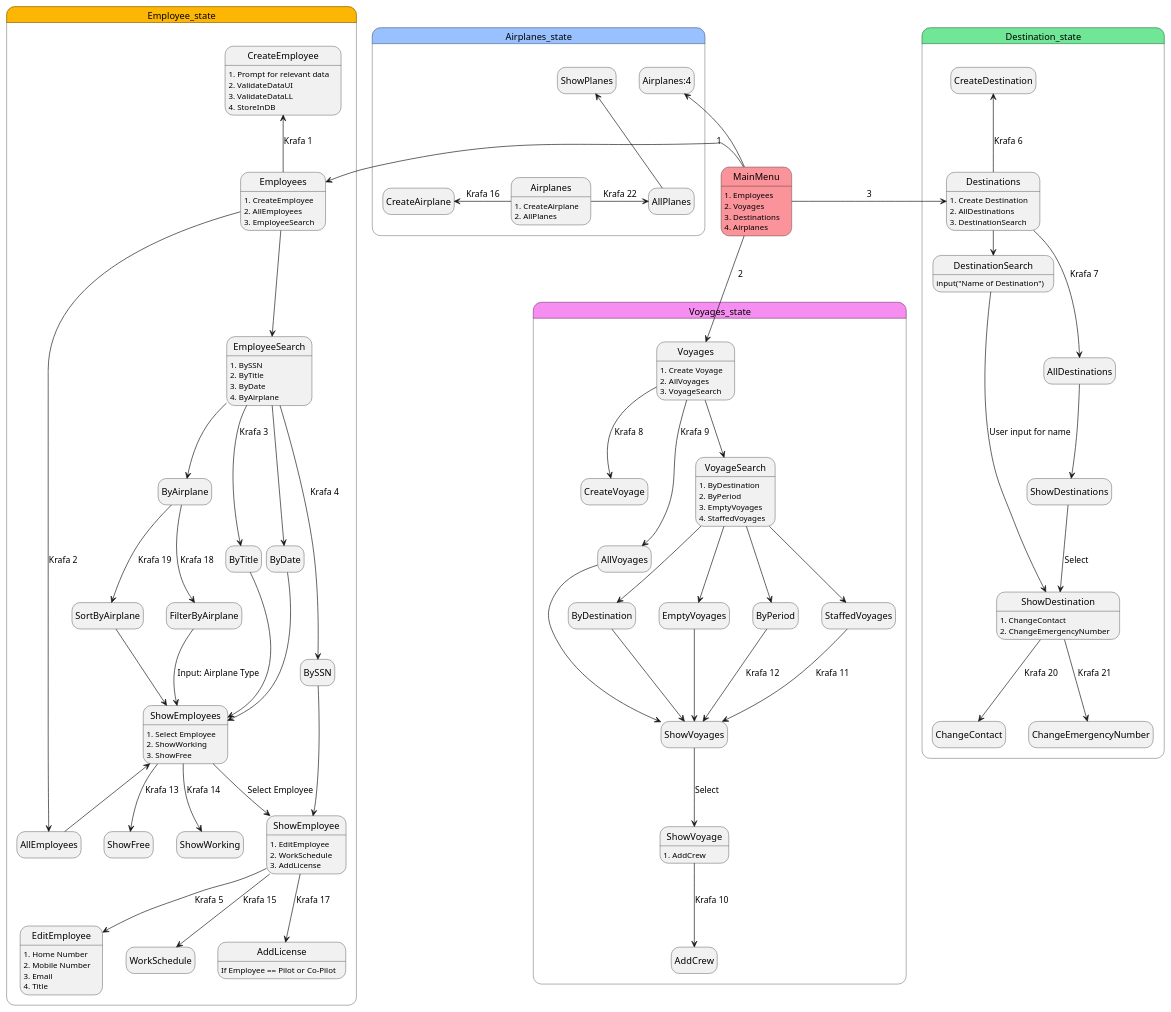
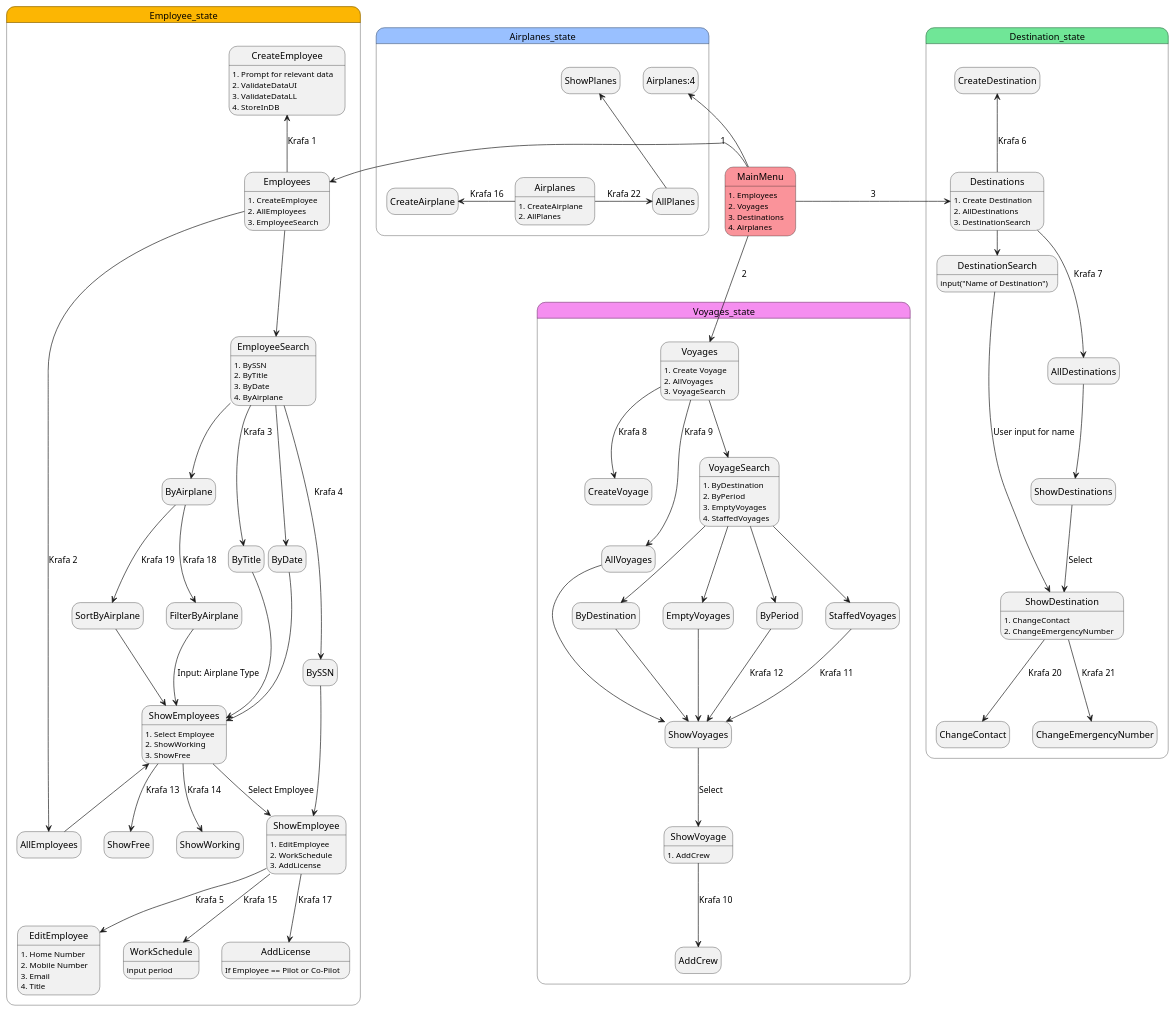
The diagram in state_diagrams/UI_State_Diagram.puml (irmalexandra/vln1_chuck_nan), drawn with PlantUML before and after one commit.

```diff
--- a/state_diagrams/UI_State_Diagram.puml
+++ b/state_diagrams/UI_State_Diagram.puml
@@ -1,92 +1,93 @@
 @startuml UI_states
 hide empty description
 MainMenu: 1. Employees \n2. Voyages \n3. Destinations \n4. Airplanes
 
 state Employee_state #fcb603{
 
     MainMenu #fa939a -Left-> Employees: 1
     Employees: 1. CreateEmployee \n2. AllEmployees \n3. EmployeeSearch
     Employees -up-> CreateEmployee: Krafa 1
     CreateEmployee: 1. Prompt for relevant data \n2. ValidateDataUI \n3. ValidateDataLL\n4. StoreInDB
     Employees -up-> AllEmployees: Krafa 2
     AllEmployees -up-> ShowEmployees
     Employees -down-> EmployeeSearch
     EmployeeSearch --> ByTitle: Krafa 3
     ByTitle --> ShowEmployees
     ShowEmployees: 1. Select Employee \n2. ShowWorking \n3. ShowFree
     EmployeeSearch --> BySSN: Krafa 4
     BySSN --> ShowEmployee
     ShowEmployee: 1. EditEmployee \n2. WorkSchedule\n3. AddLicense
     ShowEmployee --> EditEmployee: Krafa 5
     EditEmployee: 1. Home Number \n2. Mobile Number \n3. Email \n4. Title
     ShowEmployee --> WorkSchedule: Krafa 15
+    WorkSchedule:input period
     EmployeeSearch --> ByDate
     ByDate --> ShowEmployees
     EmployeeSearch --> ByAirplane
     ByAirplane --> SortByAirplane: Krafa 19
     ByAirplane --> FilterByAirplane: Krafa 18
     SortByAirplane --> ShowEmployees
     FilterByAirplane --> ShowEmployees: Input: Airplane Type
     EmployeeSearch: 1. BySSN\n2. ByTitle\n3. ByDate\n4. ByAirplane
 
 
     ShowEmployees --> ShowFree: Krafa 13
     ShowEmployees --> ShowWorking: Krafa 14
     ShowEmployees --> ShowEmployee: Select Employee
     ShowEmployee --> AddLicense: Krafa 17
     AddLicense: If Employee == Pilot or Co-Pilot
 
 }
 
 
 state Voyages_state #f58ef0{
     MainMenu -Down-> Voyages: 2
     Voyages: 1. Create Voyage \n2. AllVoyages \n3. VoyageSearch
     Voyages --> CreateVoyage: Krafa 8
     Voyages --> AllVoyages: Krafa 9
     AllVoyages --> ShowVoyages
     Voyages --> VoyageSearch
     VoyageSearch: 1. ByDestination \n2. ByPeriod \n3. EmptyVoyages \n4. StaffedVoyages
     VoyageSearch --> ByDestination
     VoyageSearch --> EmptyVoyages
     VoyageSearch --> ByPeriod
     ByDestination --> ShowVoyages
     StaffedVoyages --> ShowVoyages: Krafa 11
 
     EmptyVoyages --> ShowVoyages
     ByPeriod --> ShowVoyages: Krafa 12
     ShowVoyages --> ShowVoyage: Select
     ShowVoyage: 1. AddCrew
     ShowVoyage --> AddCrew: Krafa 10
     VoyageSearch --> StaffedVoyages
 
 }
 
 state Destination_state #70e697{
     MainMenu -Right-> Destinations: 3
     Destinations:1. Create Destination \n2. AllDestinations \n3. DestinationSearch
     Destinations -up-> CreateDestination: Krafa 6
     Destinations -down-> AllDestinations: Krafa 7
     ShowDestinations --> ShowDestination: Select
     AllDestinations --> ShowDestinations
     Destinations -right-> DestinationSearch
     DestinationSearch: input("Name of Destination")
     DestinationSearch --> ShowDestination: User input for name
     ShowDestination: 1. ChangeContact \n2. ChangeEmergencyNumber
     ShowDestination --> ChangeContact: Krafa 20
     ShowDestination --> ChangeEmergencyNumber: Krafa 21
 
 }
 
 state Airplanes_state #99c0ff{
     MainMenu -up-> Airplanes:4 
     Airplanes: 1. CreateAirplane \n2. AllPlanes
     Airplanes -left-> CreateAirplane: Krafa 16
     Airplanes -right-> AllPlanes: Krafa 22
     AllPlanes -up-> ShowPlanes
     
     
 
 }
 
 @enduml
```
